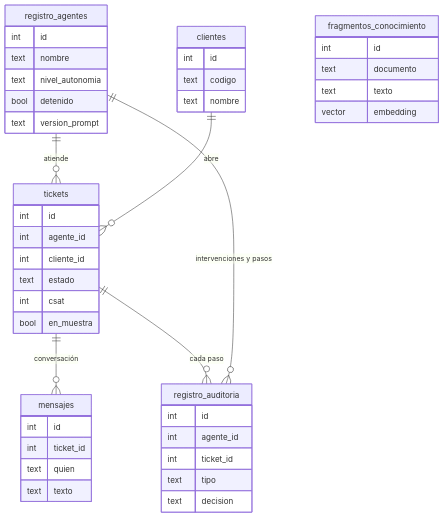
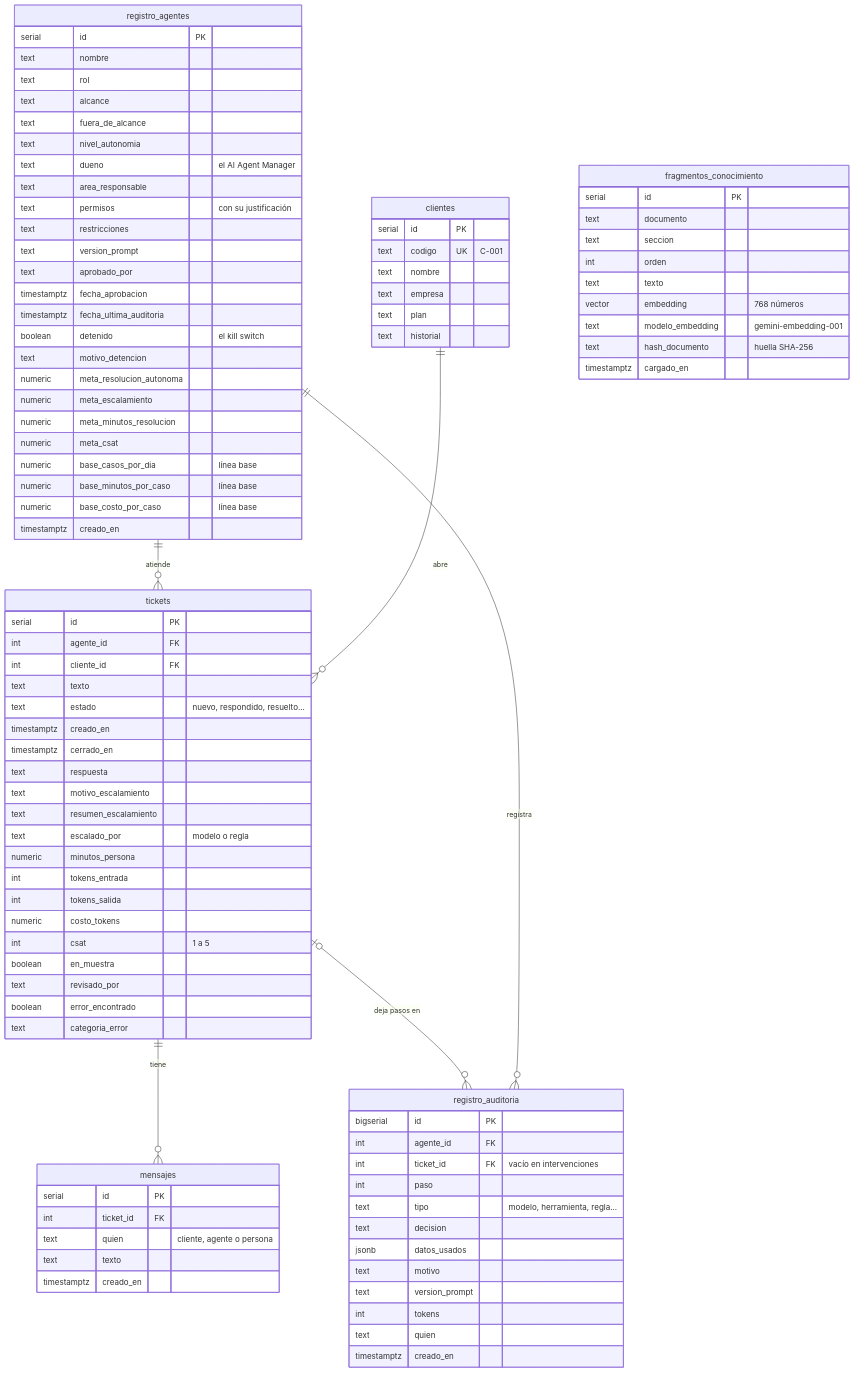
Before and after one commit to edgardo001/ai-agent-manager-estudio-aiam-certiprof-studio: the fourth of 5 diagrams in estudio/proyecto-agente/agente-soporte-n1/docs/diagramas-del-codigo.md, drawn with Mermaid. The commit also changed other lines of this file and 9 other files, not shown here.

````diff
--- a/estudio/proyecto-agente/agente-soporte-n1/docs/diagramas-del-codigo.md
+++ b/estudio/proyecto-agente/agente-soporte-n1/docs/diagramas-del-codigo.md
@@ -146,47 +174,96 @@
 erDiagram
     registro_agentes ||--o{ tickets : "atiende"
     clientes ||--o{ tickets : "abre"
-    tickets ||--o{ mensajes : "conversación"
-    tickets ||--o{ registro_auditoria : "cada paso"
-    registro_agentes ||--o{ registro_auditoria : "intervenciones y pasos"
+    tickets ||--o{ mensajes : "tiene"
+    tickets |o--o{ registro_auditoria : "deja pasos en"
+    registro_agentes ||--o{ registro_auditoria : "registra"
 
     registro_agentes {
-        int id
+        serial id PK
         text nombre
+        text rol
+        text alcance
+        text fuera_de_alcance
         text nivel_autonomia
-        bool detenido
+        text dueno "el AI Agent Manager"
+        text area_responsable
+        text permisos "con su justificación"
+        text restricciones
         text version_prompt
+        text aprobado_por
+        timestamptz fecha_aprobacion
+        timestamptz fecha_ultima_auditoria
+        boolean detenido "el kill switch"
+        text motivo_detencion
+        numeric meta_resolucion_autonoma
+        numeric meta_escalamiento
+        numeric meta_minutos_resolucion
+        numeric meta_csat
+        numeric base_casos_por_dia "línea base"
+        numeric base_minutos_por_caso "línea base"
+        numeric base_costo_por_caso "línea base"
+        timestamptz creado_en
     }
     clientes {
-        int id
-        text codigo
+        serial id PK
+        text codigo UK "C-001"
         text nombre
+        text empresa
+        text plan
+        text historial
     }
     tickets {
-        int id
-        int agente_id
-        int cliente_id
-        text estado
-        int csat
-        bool en_muestra
+        serial id PK
+        int agente_id FK
+        int cliente_id FK
+        text texto
+        text estado "nuevo, respondido, resuelto..."
+        timestamptz creado_en
+        timestamptz cerrado_en
+        text respuesta
+        text motivo_escalamiento
+        text resumen_escalamiento
+        text escalado_por "modelo o regla"
+        numeric minutos_persona
+        int tokens_entrada
+        int tokens_salida
+        numeric costo_tokens
+        int csat "1 a 5"
+        boolean en_muestra
+        text revisado_por
+        boolean error_encontrado
+        text categoria_error
     }
     mensajes {
-        int id
-        int ticket_id
-        text quien
+        serial id PK
+        int ticket_id FK
+        text quien "cliente, agente o persona"
         text texto
+        timestamptz creado_en
     }
     registro_auditoria {
-        int id
-        int agente_id
-        int ticket_id
-        text tipo
+        bigserial id PK
+        int agente_id FK
+        int ticket_id FK "vacío en intervenciones"
+        int paso
+        text tipo "modelo, herramienta, regla..."
         text decision
+        jsonb datos_usados
+        text motivo
+        text version_prompt
+        int tokens
+        text quien
+        timestamptz creado_en
     }
     fragmentos_conocimiento {
-        int id
+        serial id PK
         text documento
+        text seccion
+        int orden
         text texto
-        vector embedding
+        vector embedding "768 números"
+        text modelo_embedding "gemini-embedding-001"
+        text hash_documento "huella SHA-256"
+        timestamptz cargado_en
     }
 ```
````
